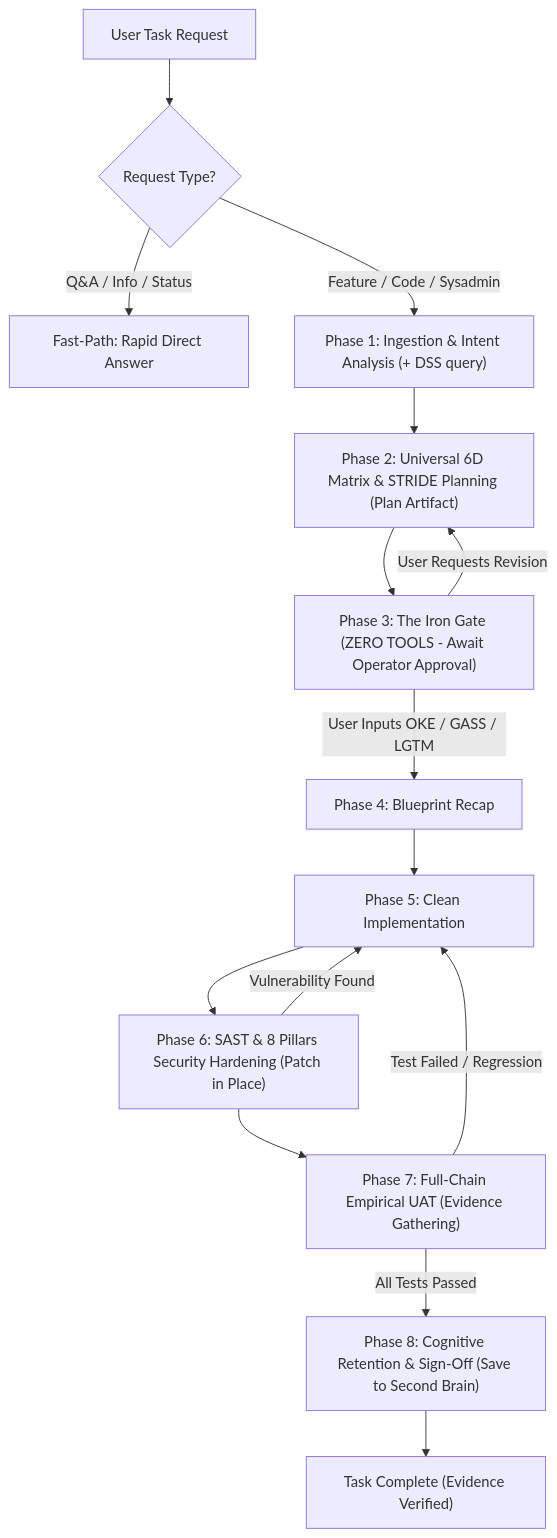
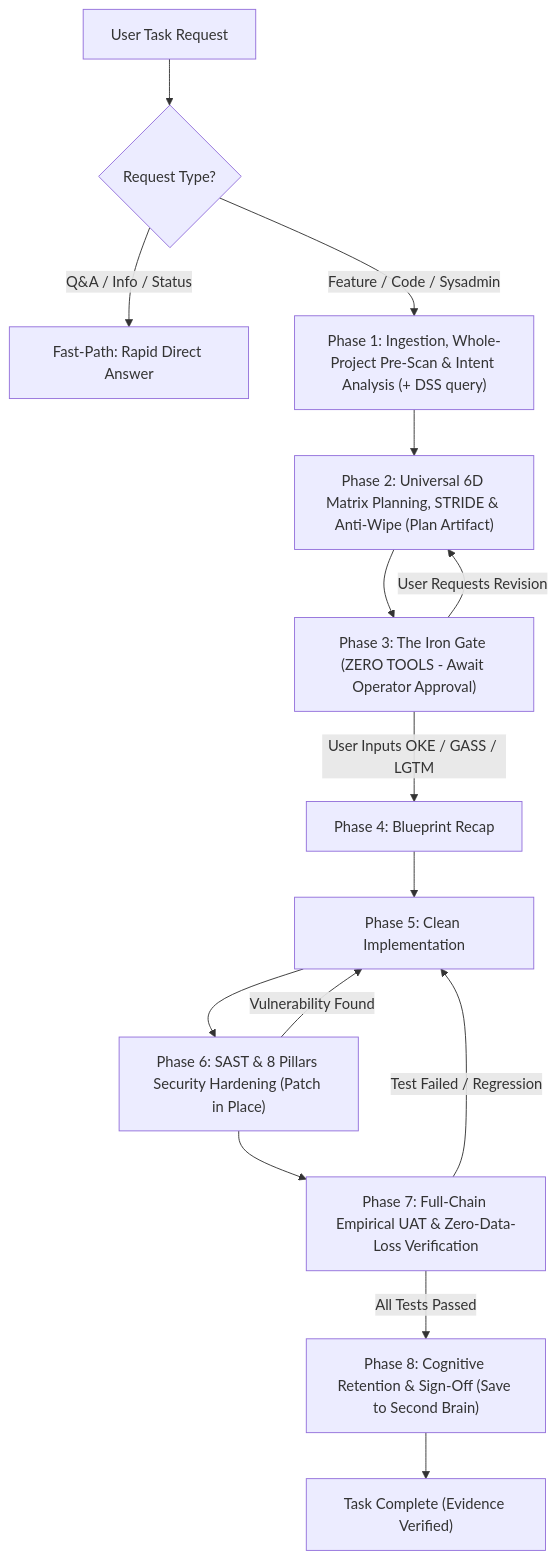
The diagram in README.md (lhermawan/friday-protocol), drawn with Mermaid before and after one commit. The commit also changed other lines of this file and 10 other files, not shown here.

Commit message:
feat: release v2.1.0 with Whole-Project Pre-Scan and Anti-Wipe Database Safeguard

````diff
--- a/README.md
+++ b/README.md
@@ -94,22 +109,22 @@
 ```mermaid
 flowchart TD
     A["User Task Request"] --> B{"Request Type?"}
     B -->|"Q&A / Info / Status"| C["Fast-Path: Rapid Direct Answer"]
     
-    B -->|"Feature / Code / Sysadmin"| D["Phase 1: Ingestion & Intent Analysis (+ DSS query)"]
-    D --> E["Phase 2: Universal 6D Matrix & STRIDE Planning (Plan Artifact)"]
+    B -->|"Feature / Code / Sysadmin"| D["Phase 1: Ingestion, Whole-Project Pre-Scan & Intent Analysis (+ DSS query)"]
+    D --> E["Phase 2: Universal 6D Matrix Planning, STRIDE & Anti-Wipe (Plan Artifact)"]
     
     E --> F["Phase 3: The Iron Gate (ZERO TOOLS - Await Operator Approval)"]
     F -->|"User Requests Revision"| E
     F -->|"User Inputs OKE / GASS / LGTM"| G["Phase 4: Blueprint Recap"]
     
     G --> H["Phase 5: Clean Implementation"]
     H --> I["Phase 6: SAST & 8 Pillars Security Hardening (Patch in Place)"]
     I -->|"Vulnerability Found"| H
     
-    I --> J["Phase 7: Full-Chain Empirical UAT (Evidence Gathering)"]
+    I --> J["Phase 7: Full-Chain Empirical UAT & Zero-Data-Loss Verification"]
     J -->|"Test Failed / Regression"| H
     
     J -->|"All Tests Passed"| K["Phase 8: Cognitive Retention & Sign-Off (Save to Second Brain)"]
     K --> L["Task Complete (Evidence Verified)"]
 ```
````
